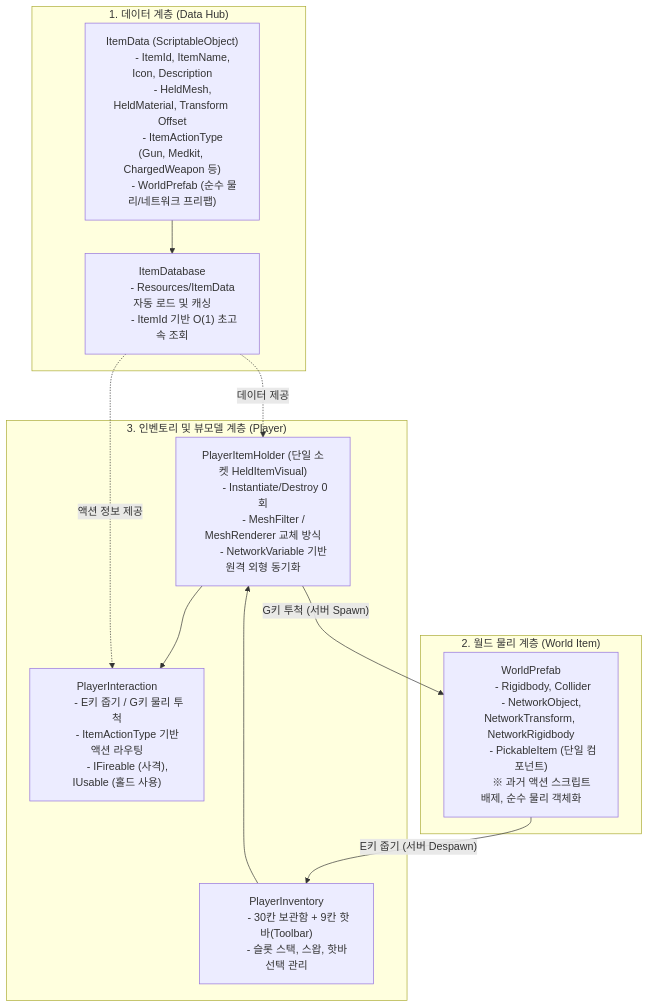
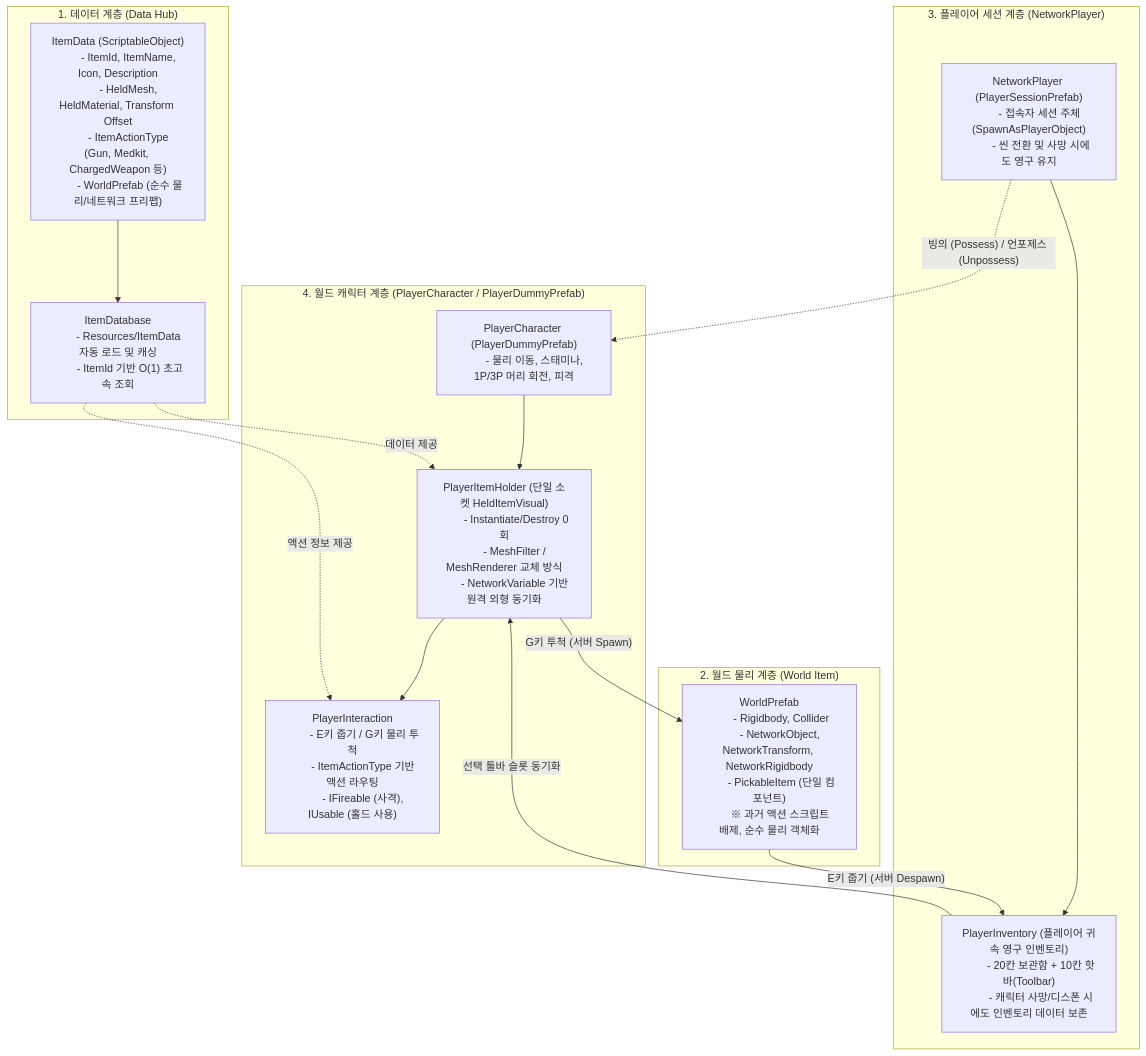
One commit to virtus2/coop changed the diagram in docs/inventory-item-system.md. Above: the diagram before and after it, drawn with Mermaid. The commit also changed other lines of this file and 132 other files, not shown here.

````diff
--- a/docs/inventory-item-system.md
+++ b/docs/inventory-item-system.md
@@ -9,43 +9,54 @@
 ```mermaid
 flowchart TD
     subgraph DataLayer["1. 데이터 계층 (Data Hub)"]
         ID["ItemData (ScriptableObject)
         - ItemId, ItemName, Icon, Description
         - HeldMesh, HeldMaterial, Transform Offset
         - ItemActionType (Gun, Medkit, ChargedWeapon 등)
         - WorldPrefab (순수 물리/네트워크 프리팹)"]
         DB["ItemDatabase
         - Resources/ItemData 자동 로드 및 캐싱
         - ItemId 기반 O(1) 초고속 조회"]
         ID --> DB
     end
 
     subgraph WorldSpace["2. 월드 물리 계층 (World Item)"]
         WP["WorldPrefab
         - Rigidbody, Collider
         - NetworkObject, NetworkTransform, NetworkRigidbody
         - PickableItem (단일 컴포넌트)
         ※ 과거 액션 스크립트 배제, 순수 물리 객체화"]
     end
 
-    subgraph PlayerInventorySpace["3. 인벤토리 및 뷰모델 계층 (Player)"]
-        PI["PlayerInventory
-        - 30칸 보관함 + 9칸 핫바(Toolbar)
-        - 슬롯 스택, 스왑, 핫바 선택 관리"]
+    subgraph PlayerSessionSpace["3. 플레이어 세션 계층 (NetworkPlayer)"]
+        NP["NetworkPlayer (PlayerSessionPrefab)
+        - 접속자 세션 주체 (SpawnAsPlayerObject)
+        - 씬 전환 및 사망 시에도 영구 유지"]
+        PI["PlayerInventory (플레이어 귀속 영구 인벤토리)
+        - 20칸 보관함 + 10칸 핫바(Toolbar)
+        - 캐릭터 사망/디스폰 시에도 인벤토리 데이터 보존"]
+        NP --> PI
+    end
+
+    subgraph CharacterSpace["4. 월드 캐릭터 계층 (PlayerCharacter / PlayerDummyPrefab)"]
+        PC["PlayerCharacter (PlayerDummyPrefab)
+        - 물리 이동, 스태미나, 1P/3P 머리 회전, 피격"]
         PH["PlayerItemHolder (단일 소켓 HeldItemVisual)
         - Instantiate/Destroy 0회
         - MeshFilter / MeshRenderer 교체 방식
         - NetworkVariable 기반 원격 외형 동기화"]
         PA["PlayerInteraction
         - E키 줍기 / G키 물리 투척
         - ItemActionType 기반 액션 라우팅
         - IFireable (사격), IUsable (홀드 사용)"]
-        PI --> PH
+        PC --> PH
         PH --> PA
     end
 
+    NP -.->|"빙의 (Possess) / 언포제스 (Unpossess)"| PC
+    PI -->|"선택 툴바 슬롯 동기화"| PH
     WP -->|"E키 줍기 (서버 Despawn)"| PI
     PH -->|"G키 투척 (서버 Spawn)"| WP
     DB -.->|"데이터 제공"| PH
     DB -.->|"액션 정보 제공"| PA
 ```
````
